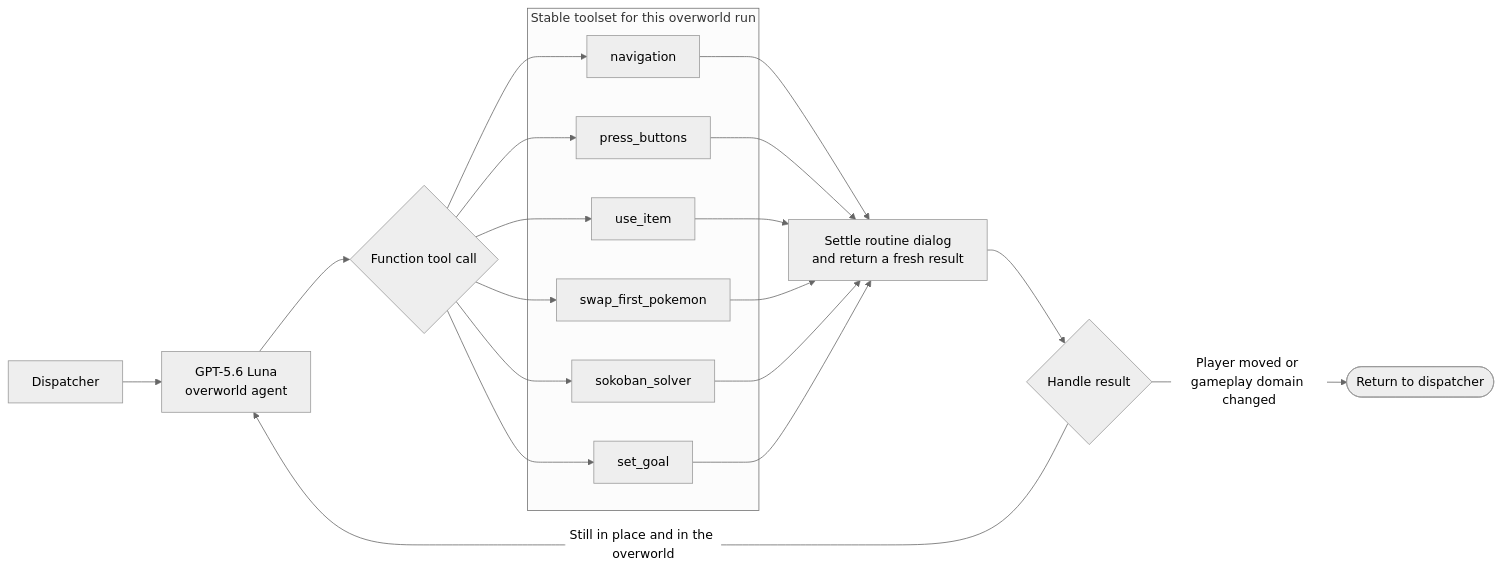
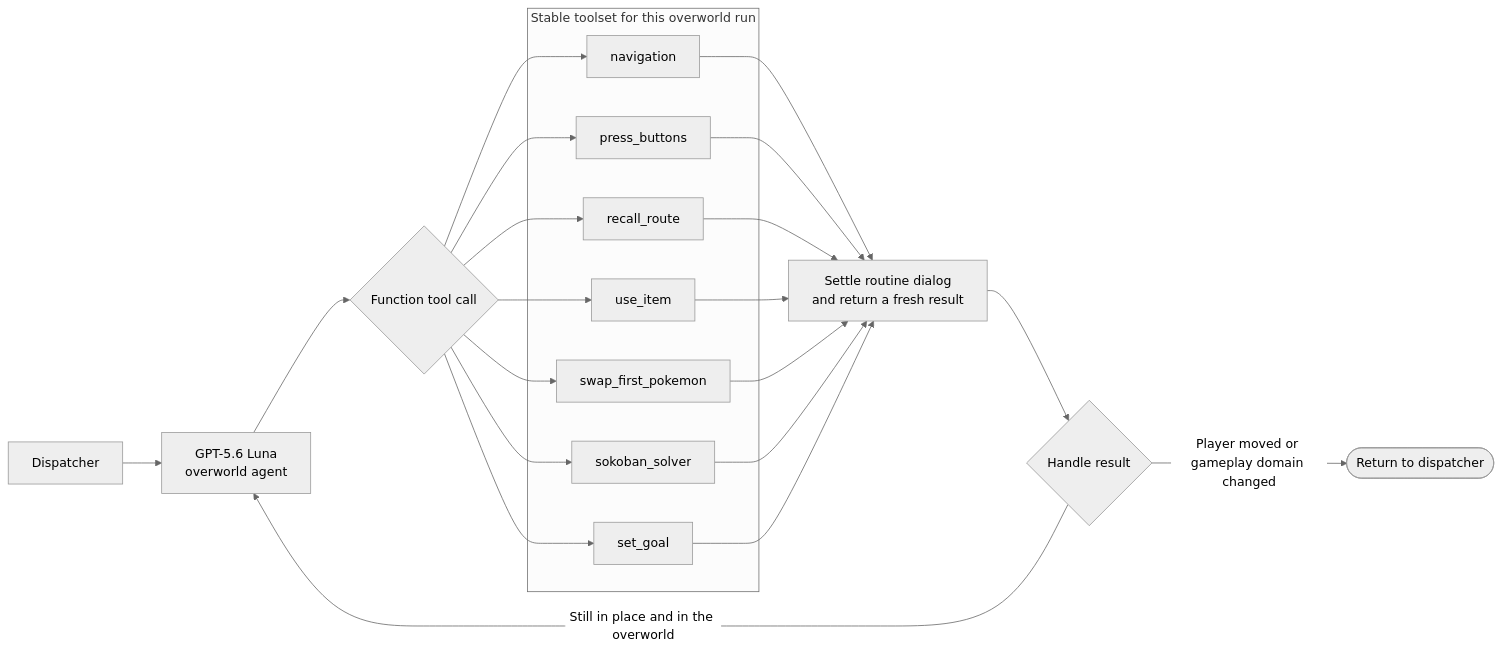
The second of 4 diagrams in docs/workflow.md (clambro/ai-plays-pokemon), drawn with Mermaid (neutral theme) before and after one commit. The commit also changed other lines of this file and 12 other files, not shown here.

First line of the commit message:
Add observed cross-map route recall

````diff
--- a/docs/workflow.md
+++ b/docs/workflow.md
@@ -35,32 +35,35 @@
 ```mermaid
 flowchart LR
     dispatch["Dispatcher"] --> agent["GPT-5.6 Luna<br/>overworld agent"]
     agent --> choice{"Function tool call"}
 
     subgraph toolset["Stable toolset for this overworld run"]
         navigate["navigation"]
         buttons["press_buttons"]
+        route["recall_route"]
         item["use_item"]
         swap["swap_first_pokemon"]
         sokoban["sokoban_solver"]
         set_goal["set_goal"]
     end
 
     choice --> navigate
     choice --> buttons
+    choice --> route
     choice --> item
     choice --> swap
     choice --> sokoban
     choice --> set_goal
 
     navigate --> settle["Settle routine dialog<br/>and return a fresh result"]
     buttons --> settle
+    route --> settle
     item --> settle
     swap --> settle
     sokoban --> settle
     set_goal --> settle
 
     settle --> continue{"Handle result"}
     continue -->|"Still in place and in the overworld"| agent
     continue -->|"Player moved or gameplay domain changed"| finish(["Return to dispatcher"])
 ```
````
